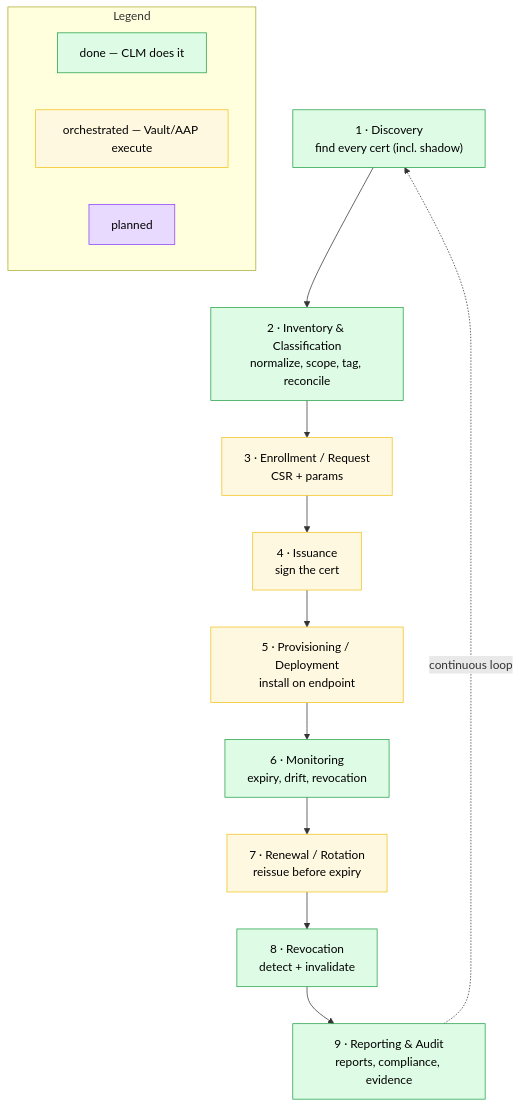
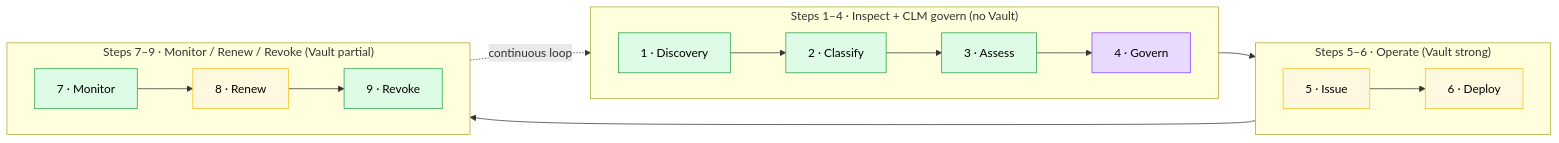
One commit to glimpsovstar/hashicorp-vault-clm-discovery changed the first of 2 diagrams in docs/clm-coverage.md. Above: the diagram before and after it, drawn with Mermaid. The commit also changed other lines of this file, not shown here.

````diff
--- a/docs/clm-coverage.md
+++ b/docs/clm-coverage.md
@@ -15,26 +19,22 @@
 ```mermaid
-flowchart TB
-    subgraph legend["Legend"]
+flowchart LR
+    subgraph inspect["Steps 1–4 · Inspect + CLM govern (no Vault)"]
         direction LR
-        L1["done — CLM does it"]:::done
-        L2["orchestrated — Vault/AAP execute"]:::orch
-        L3["planned"]:::plan
+        S1["1 · Discovery"]:::done --> S2["2 · Classify"]:::done --> S3["3 · Assess"]:::done --> S4["4 · Govern"]:::partial
     end
-
-    S1["1 · Discovery<br/>find every cert (incl. shadow)"]:::done
-    S2["2 · Inventory & Classification<br/>normalize, scope, tag, reconcile"]:::done
-    S3["3 · Enrollment / Request<br/>CSR + params"]:::orch
-    S4["4 · Issuance<br/>sign the cert"]:::orch
-    S5["5 · Provisioning / Deployment<br/>install on endpoint"]:::orch
-    S6["6 · Monitoring<br/>expiry, drift, revocation"]:::done
-    S7["7 · Renewal / Rotation<br/>reissue before expiry"]:::orch
-    S8["8 · Revocation<br/>detect + invalidate"]:::done
-    S9["9 · Reporting & Audit<br/>reports, compliance, evidence"]:::done
-
-    S1 --> S2 --> S3 --> S4 --> S5 --> S6 --> S7 --> S8 --> S9
+    subgraph operate["Steps 5–6 · Operate (Vault strong)"]
+        direction LR
+        S5["5 · Issue"]:::orch --> S6["6 · Deploy"]:::orch
+    end
+    subgraph mrr["Steps 7–9 · Monitor / Renew / Revoke (Vault partial)"]
+        direction LR
+        S7["7 · Monitor"]:::done --> S8["8 · Renew"]:::orch --> S9["9 · Revoke"]:::done
+    end
+    S4 --> S5
+    S6 --> S7
     S9 -. continuous loop .-> S1
 
     classDef done fill:#DEFBE6,stroke:#24A148,color:#000
     classDef orch fill:#FFF8E1,stroke:#F1C21B,color:#000
-    classDef plan fill:#E8DAFF,stroke:#8A3FFC,color:#000
+    classDef partial fill:#E8DAFF,stroke:#8A3FFC,color:#000
 ```
````
